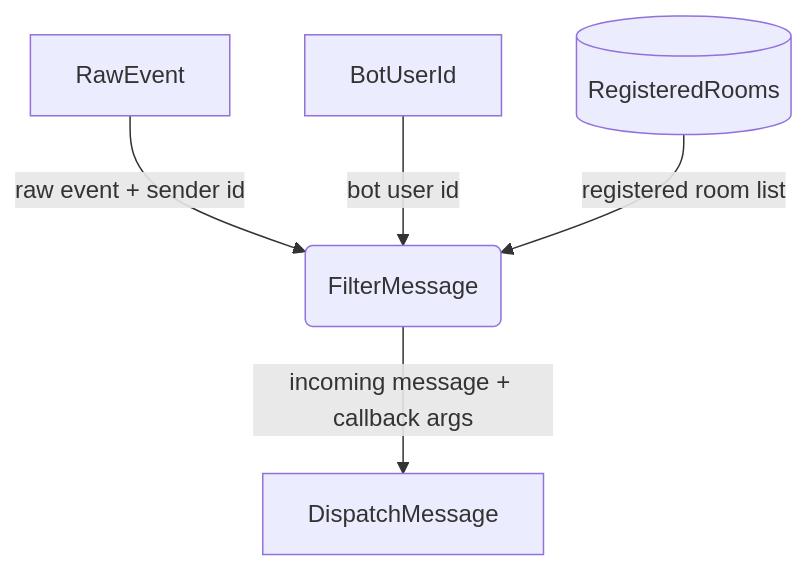
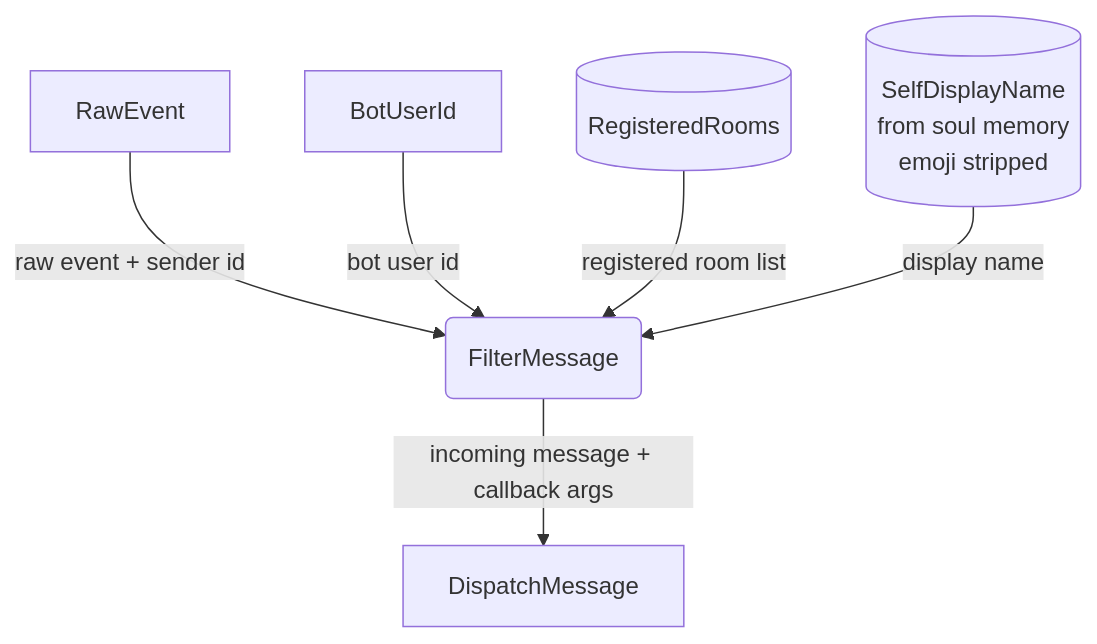
Before and after one commit to cosmoswafer/rockbot: the third of 7 diagrams in _dfds/base/rocketchat.md, drawn with Mermaid. The commit also changed other lines of this file and 3 other files, not shown here.

First line of the commit message:
dfd: add display_name source to filter diagram, wire emoji-stripped display_name from soul into client

````diff
--- a/_dfds/base/rocketchat.md
+++ b/_dfds/base/rocketchat.md
@@ -90,13 +91,15 @@
 ```mermaid
 flowchart TD
     RAW[RawEvent]
     FILTER(FilterMessage)
     BOT_USER[BotUserId]
     ROOMS[(RegisteredRooms)]
+    DISP_NAME[(SelfDisplayName<br/>from soul memory<br/>emoji stripped)]
     DISPATCH[DispatchMessage]
 
     RAW -->|"raw event + sender id"| FILTER
     BOT_USER -->|"bot user id"| FILTER
     ROOMS -->|"registered room list"| FILTER
+    DISP_NAME -->|"display name"| FILTER
     FILTER -->|"incoming message + callback args"| DISPATCH
 ```
````
